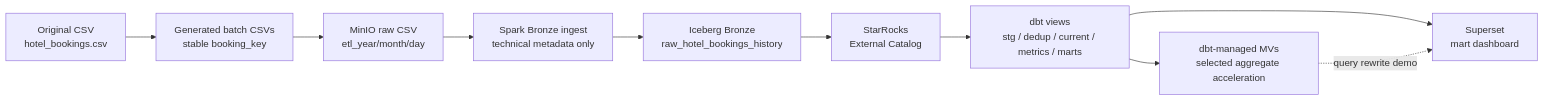
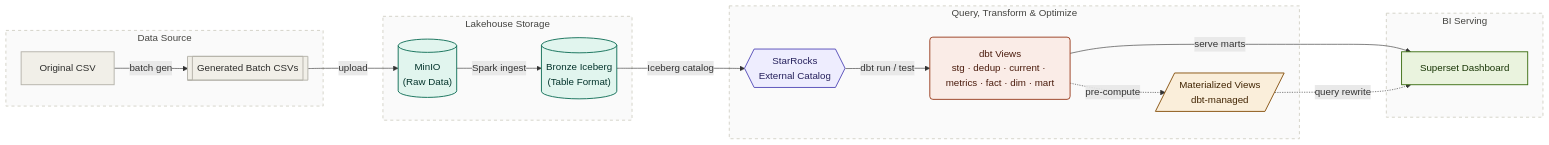
One commit to tda216/StarRocks_dataflow changed the diagram in README.md. Above: the diagram before and after it, drawn with Mermaid.

Commit message:
Revise README structure
Added subgraphs and styles to the architecture diagram in README.

````diff
--- a/README.md
+++ b/README.md
@@ -21,16 +21,45 @@
 ```mermaid
 flowchart LR
-    A["Original CSV<br/>hotel_bookings.csv"]
-    B["Generated batch CSVs<br/>stable booking_key"]
-    C["MinIO raw CSV<br/>etl_year/month/day"]
-    D["Spark Bronze ingest<br/>technical metadata only"]
-    E["Iceberg Bronze<br/>raw_hotel_bookings_history"]
-    F["StarRocks<br/>External Catalog"]
-    G["dbt views<br/>stg / dedup / current / metrics / marts"]
-    H["dbt-managed MVs<br/>selected aggregate acceleration"]
-    I["Superset<br/>mart dashboard"]
+    %% ── STYLE CLASSES ──
+    classDef source   fill:#F1EFE8,stroke:#B4B2A9,stroke-width:1.5px,color:#2C2C2A
+    classDef storage  fill:#E1F5EE,stroke:#0F6E56,stroke-width:1.5px,color:#04342C
+    classDef compute  fill:#EEEDFE,stroke:#534AB7,stroke-width:1.5px,color:#26215C
+    classDef transform fill:#FAECE7,stroke:#993C1D,stroke-width:1.5px,color:#4A1B0C
+    classDef matview  fill:#FAEEDA,stroke:#854F0B,stroke-width:1.5px,color:#412402
+    classDef bi       fill:#EAF3DE,stroke:#3B6D11,stroke-width:1.5px,color:#173404
+    classDef cluster  fill:#FAFAFA,stroke:#D3D1C7,stroke-width:1.5px,stroke-dasharray:5 5,color:#444441
 
-    A --> B --> C --> D --> E --> F --> G --> I
-    G --> H
-    H -. "query rewrite demo" .-> I
+    %% ── SUBGRAPHS (LANES) ──
+    subgraph SRC["Data Source"]
+        A["Original CSV"]:::source
+        B[["Generated Batch CSVs"]]:::source
+    end
+
+    subgraph LAKE["Lakehouse Storage"]
+        C[("MinIO<br/>(Raw Data)")]:::storage
+        D[("Bronze Iceberg<br/>(Table Format)")]:::storage
+    end
+
+    subgraph COMPUTE["Query, Transform & Optimize"]
+        E{{"StarRocks<br/>External Catalog"}}:::compute
+        F("dbt Views<br/>stg · dedup · current · metrics · fact · dim · mart"):::transform
+        G[/"Materialized Views<br/>dbt-managed"/]:::matview
+    end
+
+    subgraph BI["BI Serving"]
+        H["Superset Dashboard"]:::bi
+    end
+
+    %% ── DATA FLOW ──
+    A -- "batch gen" --> B
+    B -- "upload" --> C
+    C -- "Spark ingest" --> D
+    D -- "Iceberg catalog" --> E
+    E -- "dbt run / test" --> F
+    F -- "serve marts" --> H
+    F -. "pre-compute" .-> G
+    G -. "query rewrite" .-> H
+
+    %% ── SUBGRAPH STYLES ──
+    class SRC,LAKE,COMPUTE,BI cluster
 ```
````
